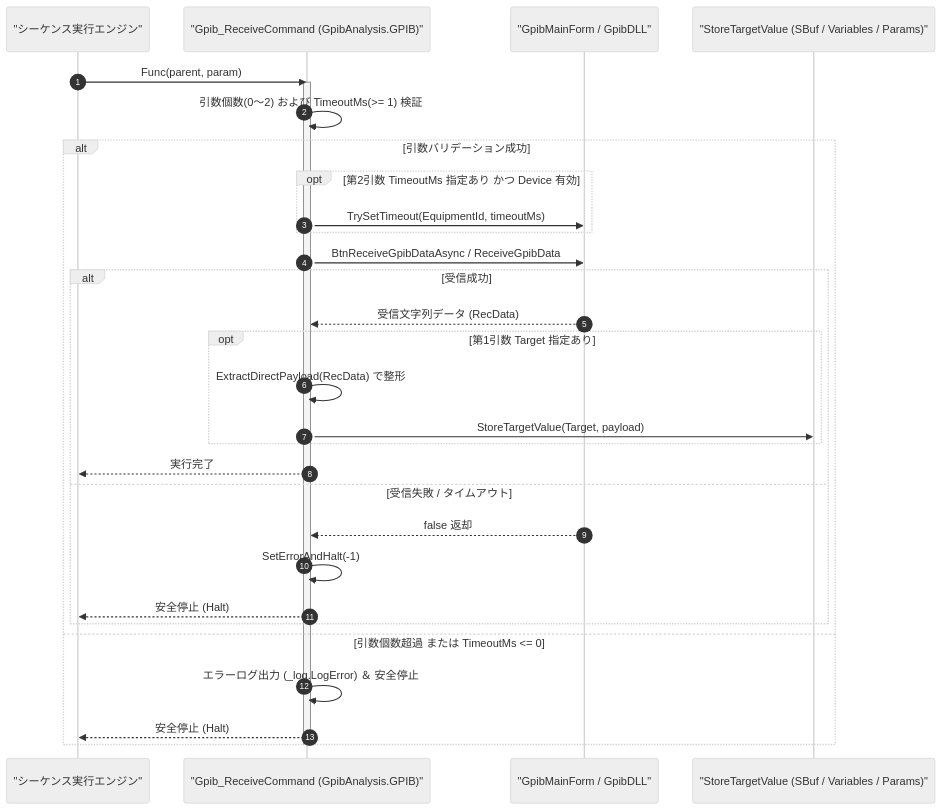
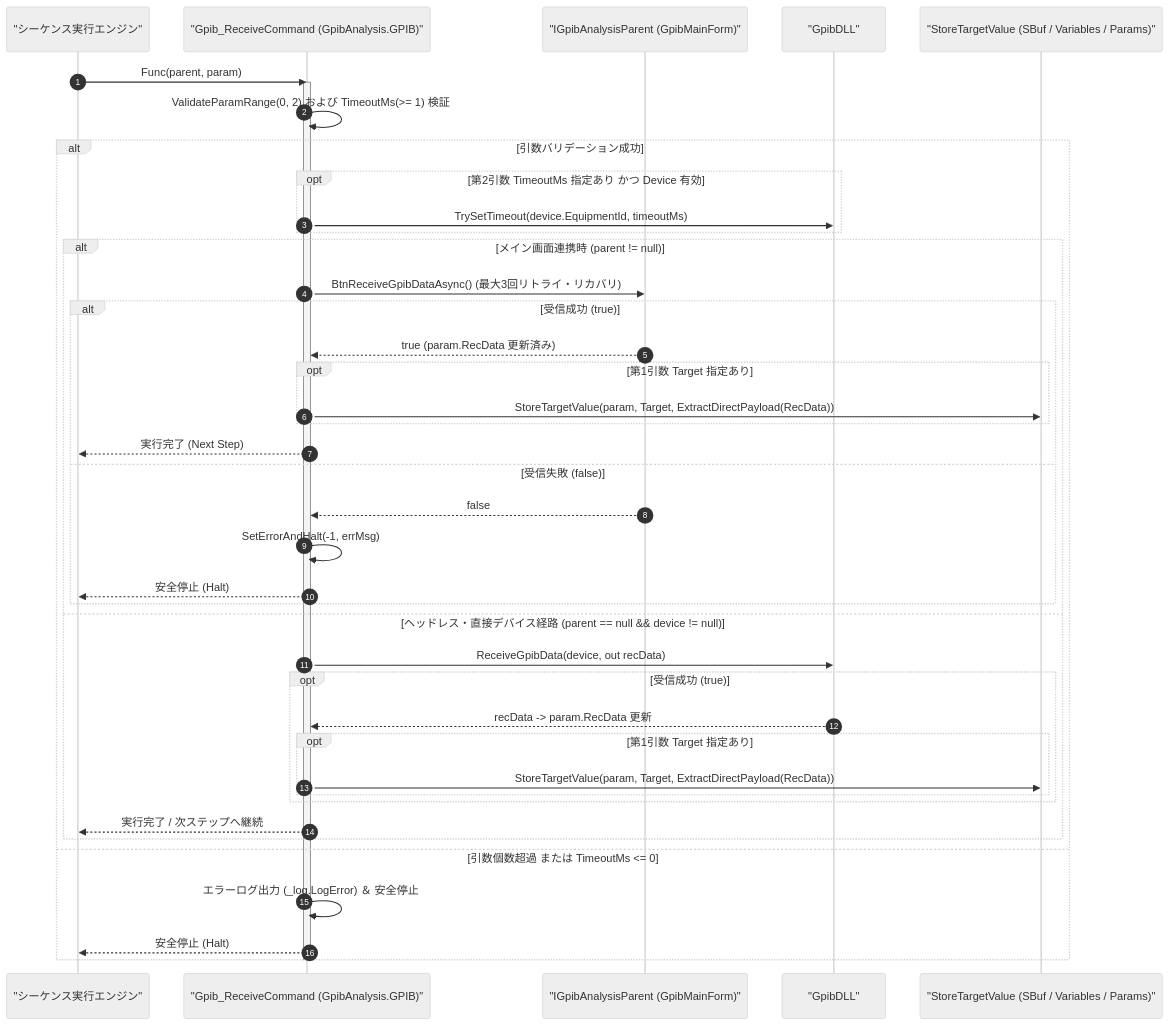
The diagram in Manual/GPIB/Gpib_Receive.Md (Monaca-App/GpibAddIn), drawn with Mermaid (neutral theme) before and after one commit. The commit also changed other lines of this file and 32 other files, not shown here.

````diff
--- a/Manual/GPIB/Gpib_Receive.Md
+++ b/Manual/GPIB/Gpib_Receive.Md
@@ -68,34 +68,45 @@
 ```mermaid
 sequenceDiagram
     autonumber
     participant Script as "シーケンス実行エンジン"
     participant Cmd as "Gpib_ReceiveCommand (GpibAnalysis.GPIB)"
-    participant Host as "GpibMainForm / GpibDLL"
+    participant Parent as "IGpibAnalysisParent (GpibMainForm)"
+    participant Dll as "GpibDLL"
     participant Var as "StoreTargetValue (SBuf / Variables / Params)"
 
     Script->>Cmd: Func(parent, param)
     activate Cmd
-    Cmd->>Cmd: 引数個数(0〜2) および TimeoutMs(>= 1) 検証
+    Cmd->>Cmd: ValidateParamRange(0, 2) および TimeoutMs(>= 1) 検証
     alt 引数バリデーション成功
         opt 第2引数 TimeoutMs 指定あり かつ Device 有効
-            Cmd->>Host: TrySetTimeout(EquipmentId, timeoutMs)
+            Cmd->>Dll: TrySetTimeout(device.EquipmentId, timeoutMs)
         end
-        Cmd->>Host: BtnReceiveGpibDataAsync / ReceiveGpibData
-        alt 受信成功
-            Host-->>Cmd: 受信文字列データ (RecData)
-            opt 第1引数 Target 指定あり
-                Cmd->>Cmd: ExtractDirectPayload(RecData) で整形
-                Cmd->>Var: StoreTargetValue(Target, payload)
+        alt メイン画面連携時 (parent != null)
+            Cmd->>Parent: BtnReceiveGpibDataAsync() (最大3回リトライ・リカバリ)
+            alt 受信成功 (true)
+                Parent-->>Cmd: true (param.RecData 更新済み)
+                opt 第1引数 Target 指定あり
+                    Cmd->>Var: StoreTargetValue(param, Target, ExtractDirectPayload(RecData))
+                end
+                Cmd-->>Script: 実行完了 (Next Step)
+            else 受信失敗 (false)
+                Parent-->>Cmd: false
+                Cmd->>Cmd: SetErrorAndHalt(-1, errMsg)
+                Cmd-->>Script: 安全停止 (Halt)
             end
-            Cmd-->>Script: 実行完了
-        else 受信失敗 / タイムアウト
-            Host-->>Cmd: false 返却
-            Cmd->>Cmd: SetErrorAndHalt(-1)
-            Cmd-->>Script: 安全停止 (Halt)
+        else ヘッドレス・直接デバイス経路 (parent == null && device != null)
+            Cmd->>Dll: ReceiveGpibData(device, out recData)
+            opt 受信成功 (true)
+                Dll-->>Cmd: recData -> param.RecData 更新
+                opt 第1引数 Target 指定あり
+                    Cmd->>Var: StoreTargetValue(param, Target, ExtractDirectPayload(RecData))
+                end
+            end
+            Cmd-->>Script: 実行完了 / 次ステップへ継続
         end
     else 引数個数超過 または TimeoutMs <= 0
         Cmd->>Cmd: エラーログ出力 (_log.LogError) ＆ 安全停止
         Cmd-->>Script: 安全停止 (Halt)
     end
     deactivate Cmd
 ```
````
